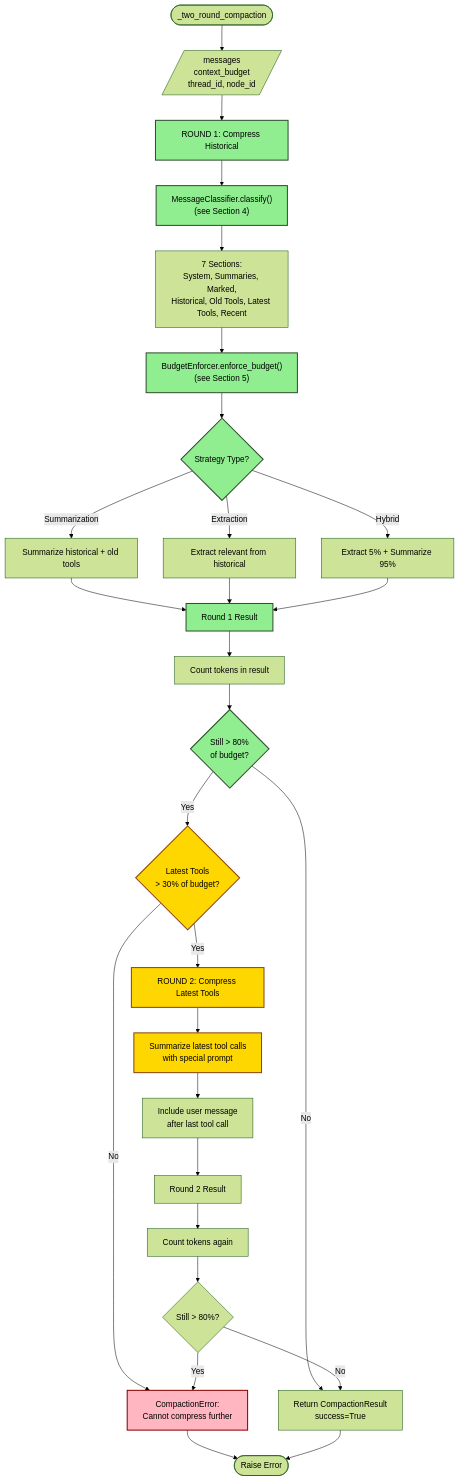
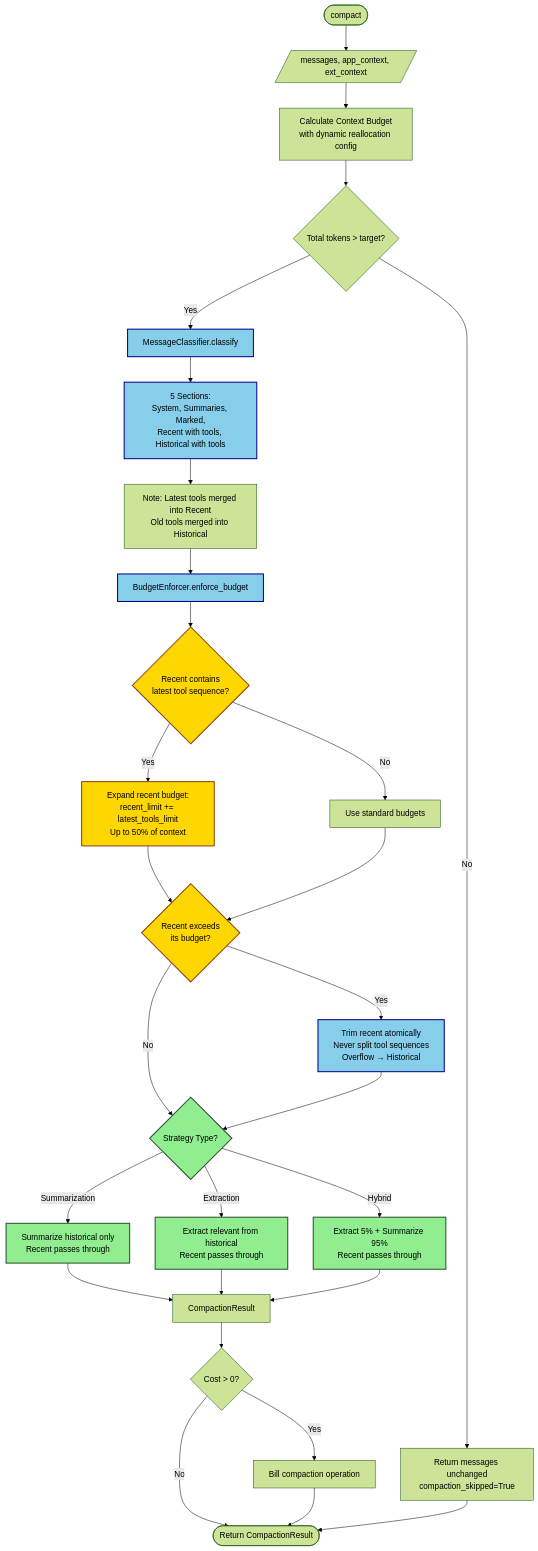
Before and after one commit to Deepakk681/kiwiq: the fourth of 22 diagrams in docs/design_docs/workflow_service_docs/technical_design/prompt_compaction/CODE_FLOW_DIAGRAMS.md, drawn with Mermaid (forest theme). The commit also changed other lines of this file and 38 other files, not shown here.

Commit message:
Add prompt compaction with extensive testing

````diff
--- a/docs/design_docs/workflow_service_docs/technical_design/prompt_compaction/CODE_FLOW_DIAGRAMS.md
+++ b/docs/design_docs/workflow_service_docs/technical_design/prompt_compaction/CODE_FLOW_DIAGRAMS.md
@@ -251,50 +272,48 @@
 ```mermaid
 graph TB
-    START([_two_round_compaction]) --> INPUT[/messages<br/>context_budget<br/>thread_id, node_id/]
+    START([compact]) --> INPUT[/messages, app_context, ext_context/]
 
-    INPUT --> ROUND1[ROUND 1: Compress Historical]
+    INPUT --> BUDGET[Calculate Context Budget<br/>with dynamic reallocation config]
+    BUDGET --> CHECK_NEEDED{Total tokens > target?}
+    
+    CHECK_NEEDED -->|No| SKIP[Return messages unchanged<br/>compaction_skipped=True]
+    CHECK_NEEDED -->|Yes| CLASSIFY[MessageClassifier.classify]
+    
+    CLASSIFY --> SECTIONS[5 Sections:<br/>System, Summaries, Marked,<br/>Recent with tools, Historical with tools]
+    SECTIONS --> NOTE1[Note: Latest tools merged into Recent<br/>Old tools merged into Historical]
+    
+    NOTE1 --> ENFORCE[BudgetEnforcer.enforce_budget]
+    ENFORCE --> DYNAMIC{Recent contains<br/>latest tool sequence?}
+    
+    DYNAMIC -->|Yes| EXPAND[Expand recent budget:<br/>recent_limit += latest_tools_limit<br/>Up to 50% of context]
+    DYNAMIC -->|No| STANDARD[Use standard budgets]
+    
+    EXPAND --> TRIM_CHECK
+    STANDARD --> TRIM_CHECK{Recent exceeds<br/>its budget?}
+    
+    TRIM_CHECK -->|No| STRATEGY
+    TRIM_CHECK -->|Yes| TRIM[Trim recent atomically<br/>Never split tool sequences<br/>Overflow → Historical]
+    
+    TRIM --> STRATEGY{Strategy Type?}
+    STRATEGY -->|Summarization| SUM[Summarize historical only<br/>Recent passes through]
+    STRATEGY -->|Extraction| EXT[Extract relevant from historical<br/>Recent passes through]
+    STRATEGY -->|Hybrid| HYB[Extract 5% + Summarize 95%<br/>Recent passes through]
+    
+    SUM --> RESULT[CompactionResult]
+    EXT --> RESULT
+    HYB --> RESULT
+    
+    RESULT --> BILL{Cost > 0?}
+    BILL -->|Yes| BILLING[Bill compaction operation]
+    BILL -->|No| END
+    BILLING --> END([Return CompactionResult])
+    SKIP --> END
 
-    ROUND1 --> CLASSIFY1["MessageClassifier.classify()<br/>(see Section 4)"]
-    CLASSIFY1 --> SECTIONS1[7 Sections:<br/>System, Summaries, Marked,<br/>Historical, Old Tools, Latest Tools, Recent]
+    classDef v25 fill:#87CEEB,stroke:#00008B,stroke-width:2px,color:#000
+    classDef dynamic fill:#FFD700,stroke:#8B4513,stroke-width:2px,color:#000
+    classDef strategy fill:#90EE90,stroke:#2F4F2F,stroke-width:2px,color:#000
 
-    SECTIONS1 --> ENFORCE1["BudgetEnforcer.enforce_budget()<br/>(see Section 5)"]
-    ENFORCE1 --> STRATEGY1{Strategy Type?}
-
-    STRATEGY1 -->|Summarization| SUM1[Summarize historical + old tools]
-    STRATEGY1 -->|Extraction| EXT1[Extract relevant from historical]
-    STRATEGY1 -->|Hybrid| HYB1[Extract 5% + Summarize 95%]
-
-    SUM1 --> RESULT1[Round 1 Result]
-    EXT1 --> RESULT1
-    HYB1 --> RESULT1
-
-    RESULT1 --> COUNT1[Count tokens in result]
-    COUNT1 --> CHECK{Still > 80%<br/>of budget?}
-
-    CHECK -->|No| SUCCESS[Return CompactionResult<br/>success=True]
-    CHECK -->|Yes| TOOL_CHECK{Latest Tools<br/>> 30% of budget?}
-
-    TOOL_CHECK -->|No| ERROR[CompactionError:<br/>Cannot compress further]
-    TOOL_CHECK -->|Yes| ROUND2[ROUND 2: Compress Latest Tools]
-
-    ROUND2 --> TOOL_COMPRESS[Summarize latest tool calls<br/>with special prompt]
-    TOOL_COMPRESS --> INCLUDE_USER[Include user message<br/>after last tool call]
-    INCLUDE_USER --> RESULT2[Round 2 Result]
-
-    RESULT2 --> COUNT2[Count tokens again]
-    COUNT2 --> FINAL_CHECK{Still > 80%?}
-
-    FINAL_CHECK -->|Yes| ERROR
-    FINAL_CHECK -->|No| SUCCESS
-
-    ERROR --> END([Raise Error])
-    SUCCESS --> END
-
-    classDef v20 fill:#90EE90,stroke:#2F4F2F,stroke-width:2px,color:#000
-    classDef edge fill:#FFD700,stroke:#8B4513,stroke-width:2px,color:#000
-    classDef error fill:#FFB6C1,stroke:#8B0000,stroke-width:2px,color:#000
-
-    class ROUND1,CLASSIFY1,ENFORCE1,STRATEGY1,RESULT1,CHECK v20
-    class ROUND2,TOOL_CHECK,TOOL_COMPRESS edge
-    class ERROR error
+    class CLASSIFY,SECTIONS,ENFORCE,TRIM v25
+    class DYNAMIC,EXPAND,TRIM_CHECK dynamic
+    class STRATEGY,SUM,EXT,HYB strategy
 ```
````
